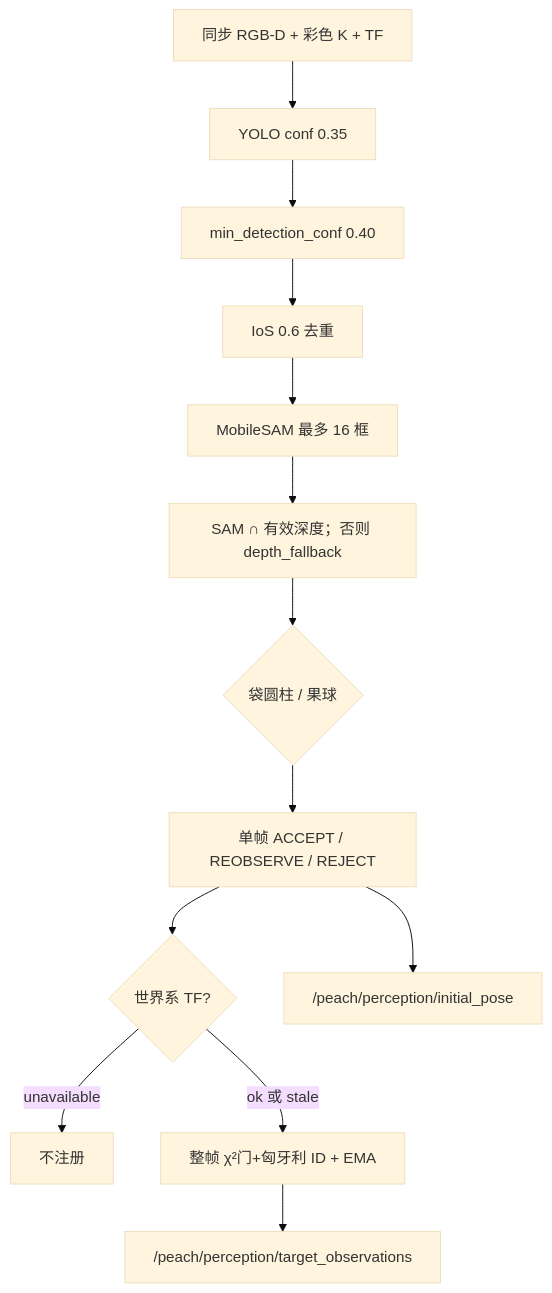
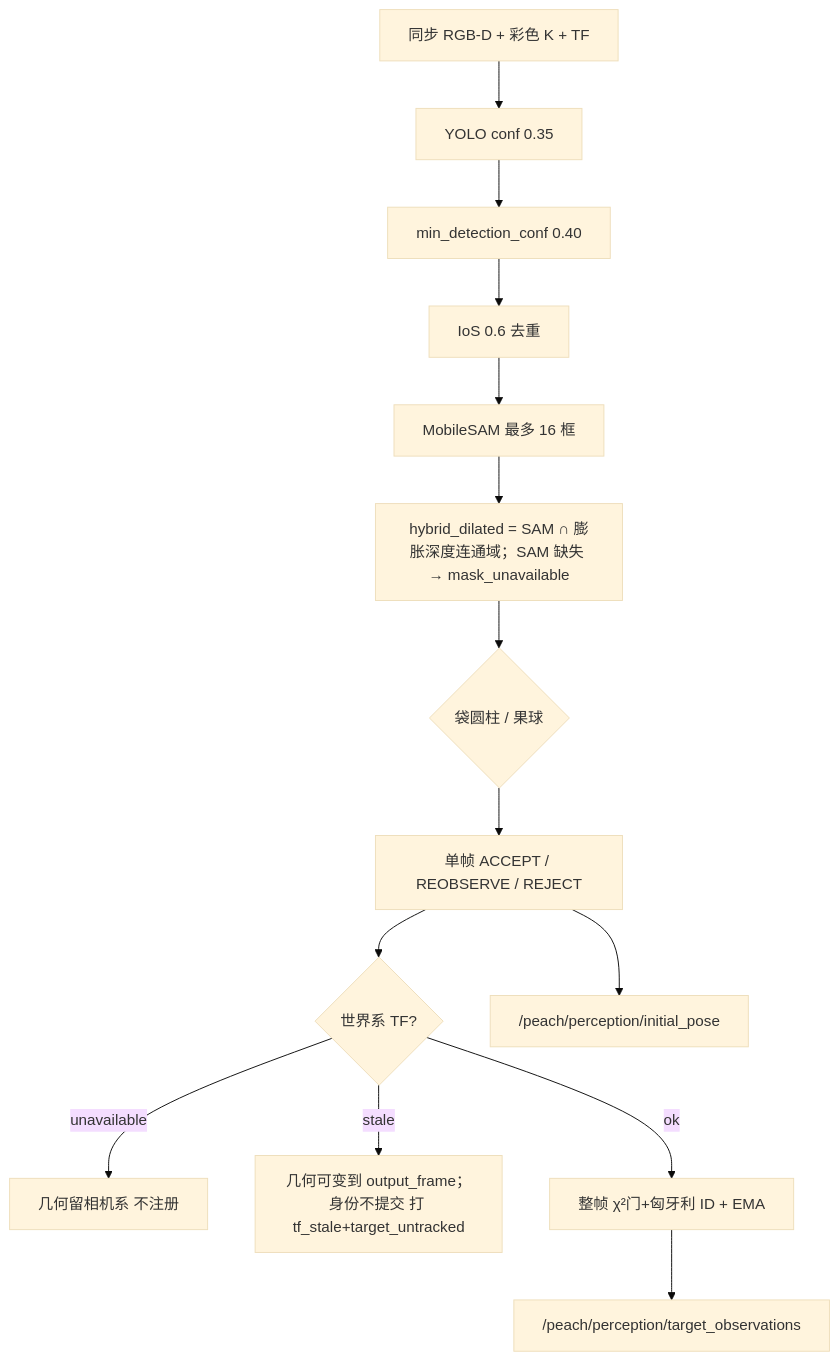
The third of 13 diagrams in docs/io.md (MUHAN11-c/aubo_boot), drawn with Mermaid (base theme) before and after one commit. The commit also changed other lines of this file and 291 other files, not shown here.

````diff
--- a/docs/io.md
+++ b/docs/io.md
@@ -200,15 +204,16 @@
 ```mermaid
 flowchart TB
   sync["同步 RGB-D + 彩色 K + TF"] --> yolo["YOLO conf 0.35"]
   yolo --> filt["min_detection_conf 0.40"]
   filt --> dedup["IoS 0.6 去重"]
   dedup --> sam["MobileSAM 最多 16 框"]
-  sam --> fg["SAM ∩ 有效深度；否则 depth_fallback"]
+  sam --> fg["hybrid_dilated = SAM ∩ 膨胀深度连通域；SAM 缺失 → mask_unavailable"]
   fg --> bag{"袋圆柱 / 果球"}
   bag --> gate["单帧 ACCEPT / REOBSERVE / REJECT"]
   gate --> tfw{"世界系 TF?"}
-  tfw -->|unavailable| skip["不注册"]
-  tfw -->|ok 或 stale| id["整帧 χ²门+匈牙利 ID + EMA"]
+  tfw -->|unavailable| skip["几何留相机系 不注册"]
+  tfw -->|stale| staleid["几何可变到 output_frame；身份不提交 打 tf_stale+target_untracked"]
+  tfw -->|ok| id["整帧 χ²门+匈牙利 ID + EMA"]
   id --> obs["/peach/perception/target_observations"]
   gate --> init["/peach/perception/initial_pose"]
 ```
````
